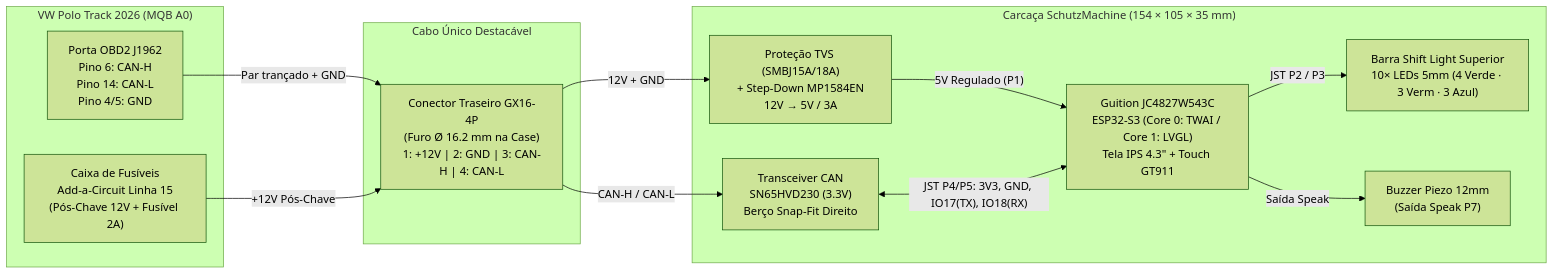
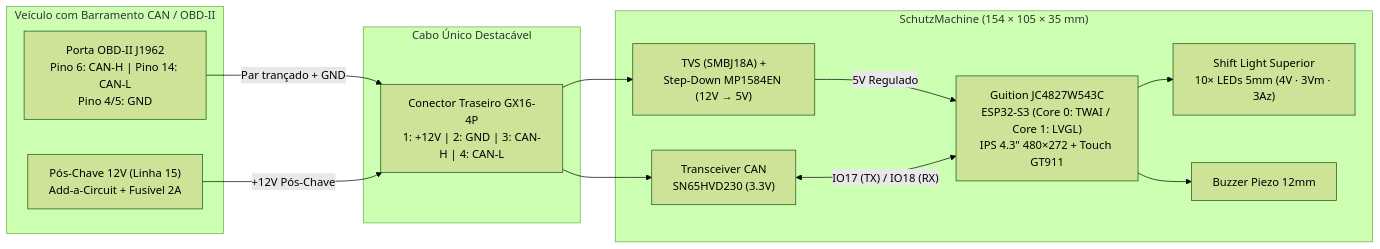
The diagram in README.md (ryhanschutz/schutzmachine), drawn with Mermaid (forest theme) before and after one commit. The commit also changed other lines of this file and 5 other files, not shown here.

````diff
--- a/README.md
+++ b/README.md
@@ -86,28 +102,26 @@
 ```mermaid
 flowchart LR
-    subgraph CAR["VW Polo Track 2026 (MQB A0)"]
-        OBD["Porta OBD2 J1962<br/>Pino 6: CAN-H<br/>Pino 14: CAN-L<br/>Pino 4/5: GND"]
-        FUSE["Caixa de Fusíveis<br/>Add-a-Circuit Linha 15<br/>(Pós-Chave 12V + Fusível 2A)"]
+    subgraph CAR["Veículo com Barramento CAN / OBD-II"]
+        OBD["Porta OBD-II J1962<br/>Pino 6: CAN-H | Pino 14: CAN-L<br/>Pino 4/5: GND"]
+        FUSE["Pós-Chave 12V (Linha 15)<br/>Add-a-Circuit + Fusível 2A"]
     end
 
     subgraph HARNESS["Cabo Único Destacável"]
-        GX16["Conector Traseiro GX16-4P<br/>(Furo Ø 16.2 mm na Case)<br/>1: +12V | 2: GND | 3: CAN-H | 4: CAN-L"]
+        GX16["Conector Traseiro GX16-4P<br/>1: +12V | 2: GND | 3: CAN-H | 4: CAN-L"]
     end
 
-    subgraph CASE["Carcaça SchutzMachine (154 × 105 × 35 mm)"]
-        TVS["Proteção TVS (SMBJ15A/18A)<br/>+ Step-Down MP1584EN<br/>12V → 5V / 3A"]
-        CAN["Transceiver CAN<br/>SN65HVD230 (3.3V)<br/>Berço Snap-Fit Direito"]
-        ESP["Guition JC4827W543C<br/>ESP32-S3 (Core 0: TWAI / Core 1: LVGL)<br/>Tela IPS 4.3&quot; + Touch GT911"]
-        LEDS["Barra Shift Light Superior<br/>10× LEDs 5mm (4 Verde · 3 Verm · 3 Azul)"]
-        BUZ["Buzzer Piezo 12mm<br/>(Saída Speak P7)"]
+    subgraph CASE["SchutzMachine (154 × 105 × 35 mm)"]
+        TVS["TVS (SMBJ18A) +<br/>Step-Down MP1584EN (12V → 5V)"]
+        CAN["Transceiver CAN<br/>SN65HVD230 (3.3V)"]
+        ESP["Guition JC4827W543C<br/>ESP32-S3 (Core 0: TWAI / Core 1: LVGL)<br/>IPS 4.3&quot; 480×272 + Touch GT911"]
+        LEDS["Shift Light Superior<br/>10× LEDs 5mm (4V · 3Vm · 3Az)"]
+        BUZ["Buzzer Piezo 12mm"]
     end
 
     OBD -->|"Par trançado + GND"| GX16
     FUSE -->|"+12V Pós-Chave"| GX16
-    GX16 -->|"12V + GND"| TVS
-    GX16 -->|"CAN-H / CAN-L"| CAN
-    TVS -->|"5V Regulado (P1)"| ESP
-    CAN <-->|"JST P4/P5: 3V3, GND, IO17(TX), IO18(RX)"| ESP
-    ESP -->|"JST P2 / P3"| LEDS
-    ESP -->|"Saída Speak"| BUZ
+    GX16 --> TVS -->|"5V Regulado"| ESP
+    GX16 --> CAN <-->|"IO17 (TX) / IO18 (RX)"| ESP
+    ESP --> LEDS
+    ESP --> BUZ
 ```
````
